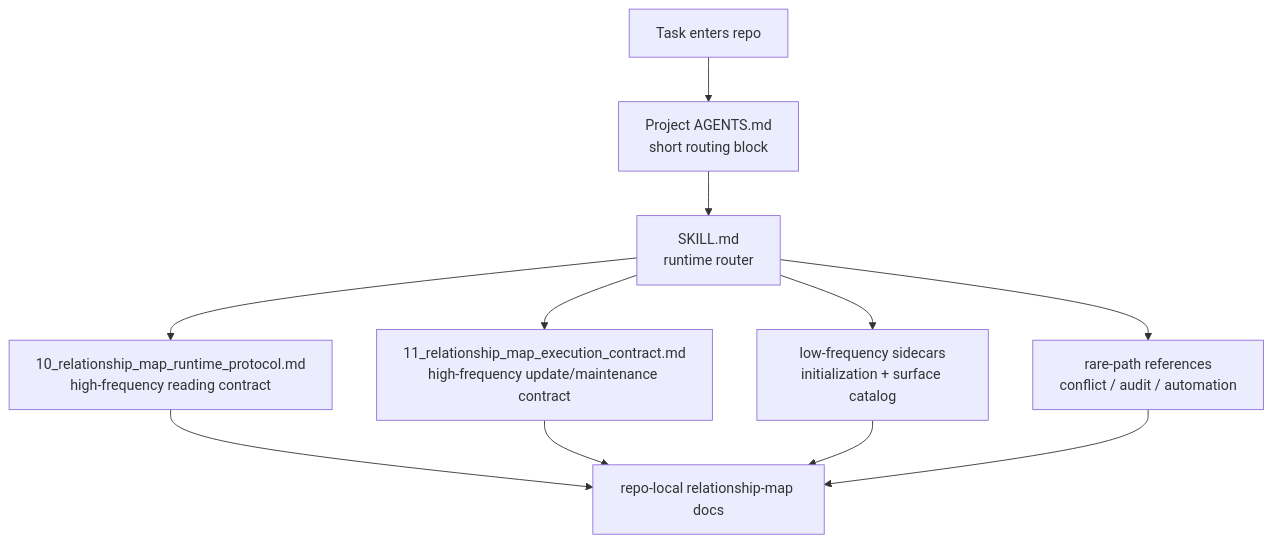
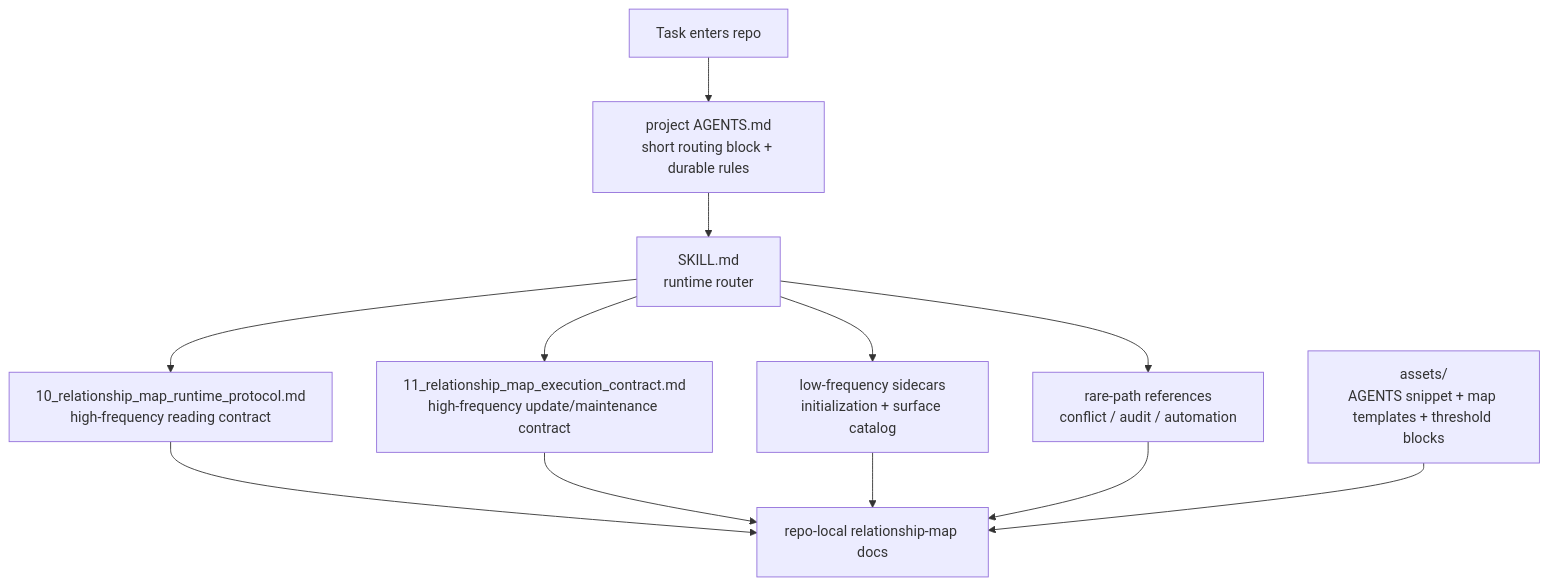
The diagram in README.md (1972143344-max/relationship-map-maintenance-skill), drawn with Mermaid before and after one commit. The commit also changed other lines of this file and 1 other file, not shown here.

Commit message:
Rewrite packaged READMEs for relationship map skill

````diff
--- a/README.md
+++ b/README.md
@@ -11,13 +9,14 @@
 ```mermaid
 flowchart TD
-    A["Task enters repo"] --> B["Project AGENTS.md<br/>short routing block"]
+    A["Task enters repo"] --> B["project AGENTS.md<br/>short routing block + durable rules"]
     B --> C["SKILL.md<br/>runtime router"]
     C --> D["10_relationship_map_runtime_protocol.md<br/>high-frequency reading contract"]
     C --> E["11_relationship_map_execution_contract.md<br/>high-frequency update/maintenance contract"]
     C --> F["low-frequency sidecars<br/>initialization + surface catalog"]
     C --> G["rare-path references<br/>conflict / audit / automation"]
     D --> H["repo-local relationship-map docs"]
     E --> H
     F --> H
     G --> H
+    I["assets/<br/>AGENTS snippet + map templates + threshold blocks"] --> H
 ```
````
